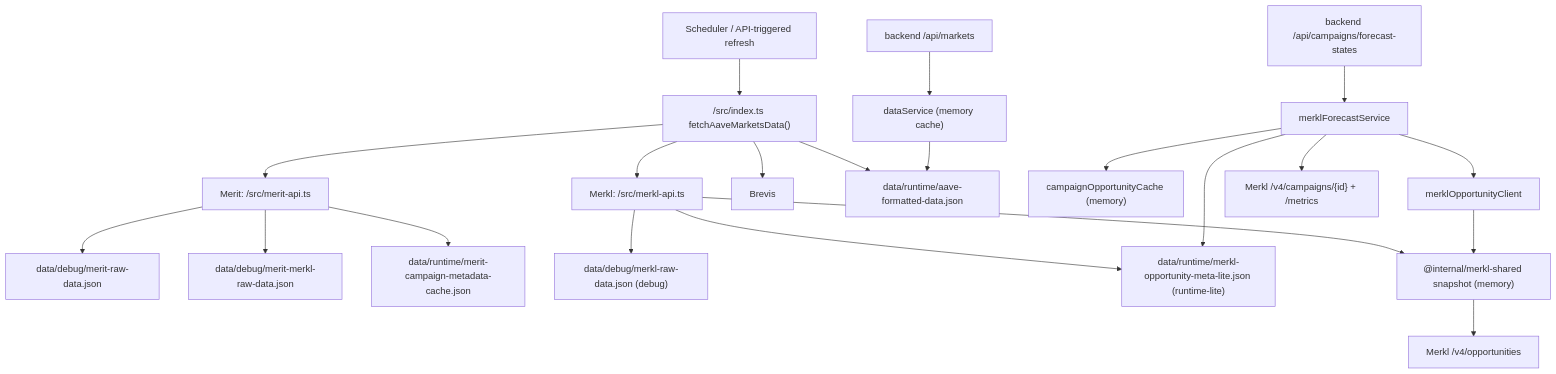
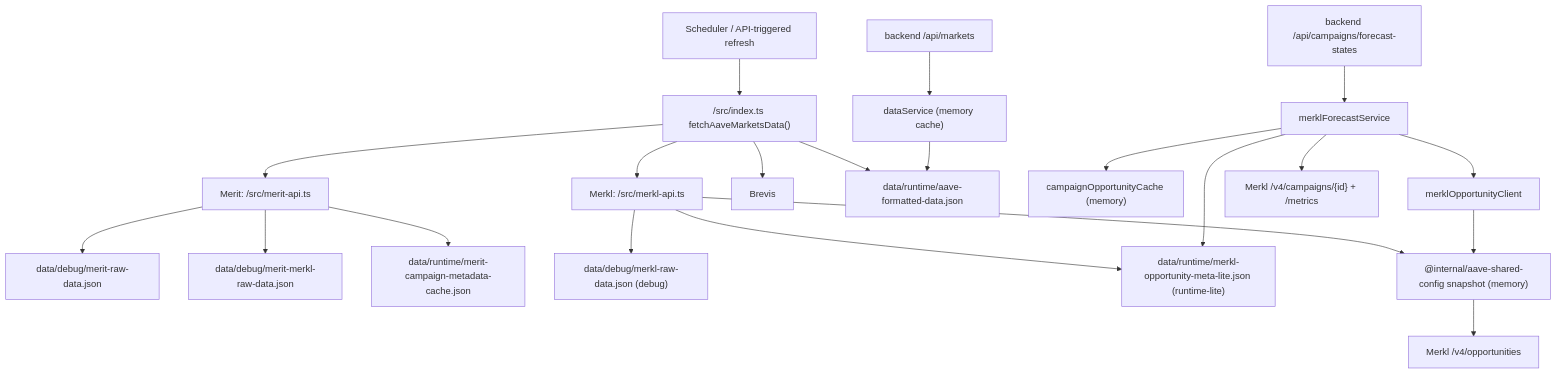
Before and after one commit to 0xPabloLI/aave-protocol-analysis: the fourth of 5 diagrams in docs/merkl-merit-cache-architecture.md, drawn with Mermaid. The commit also changed other lines of this file and 15 other files, not shown here.

Commit message:
refactor(rate-inputs): dynamic fallback and rename shared config package

````diff
--- a/docs/merkl-merit-cache-architecture.md
+++ b/docs/merkl-merit-cache-architecture.md
@@ -90,23 +90,23 @@
 ```mermaid
 flowchart TD
   A["Scheduler / API-triggered refresh"] --> B["/src/index.ts fetchAaveMarketsData()"]
   B --> C["Merit: /src/merit-api.ts"]
   B --> D["Merkl: /src/merkl-api.ts"]
   B --> E["Brevis"]
   C --> F["data/debug/merit-raw-data.json"]
   C --> G["data/debug/merit-merkl-raw-data.json"]
   C --> H["data/runtime/merit-campaign-metadata-cache.json"]
   D --> I["data/debug/merkl-raw-data.json (debug)"]
   D --> J["data/runtime/merkl-opportunity-meta-lite.json (runtime-lite)"]
-  D --> R["@internal/merkl-shared snapshot (memory)"]
+  D --> R["@internal/aave-shared-config snapshot (memory)"]
   B --> K["data/runtime/aave-formatted-data.json"]
   L["backend /api/markets"] --> M["dataService (memory cache)"]
   M --> K
   N["backend /api/campaigns/forecast-states"] --> O["merklForecastService"]
   O --> P["campaignOpportunityCache (memory)"]
   O --> J
   O --> Q["merklOpportunityClient"]
-  Q --> R["@internal/merkl-shared snapshot (memory)"]
+  Q --> R["@internal/aave-shared-config snapshot (memory)"]
   R --> S["Merkl /v4/opportunities"]
   O --> T["Merkl /v4/campaigns/{id} + /metrics"]
 ```
````
